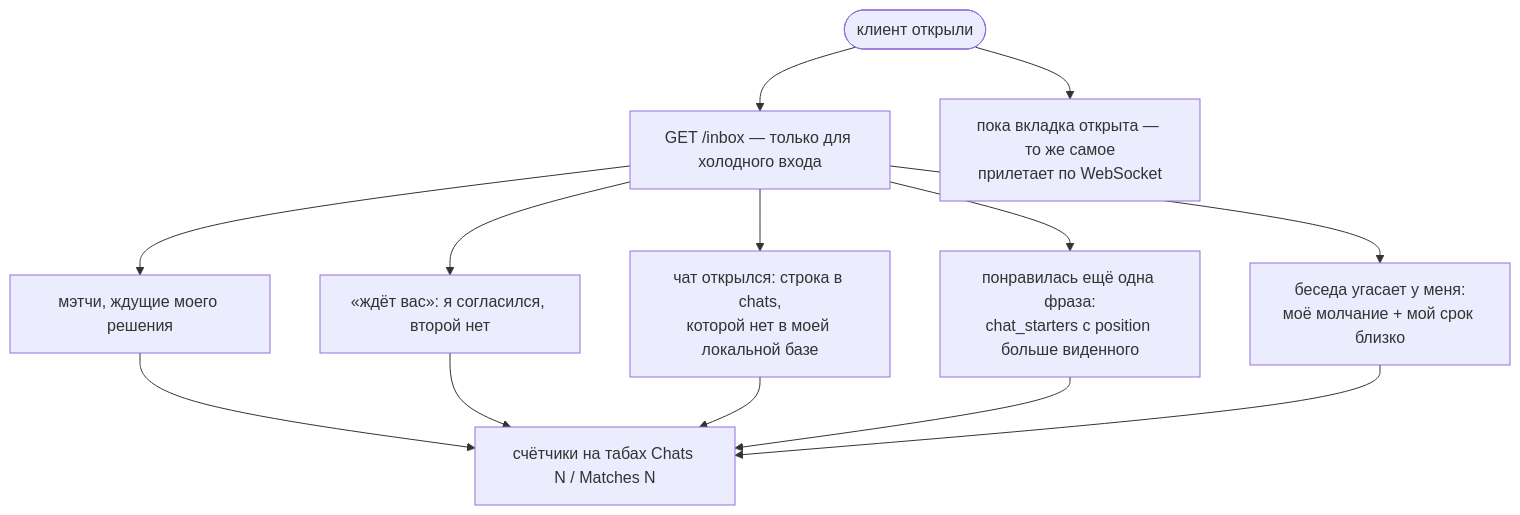
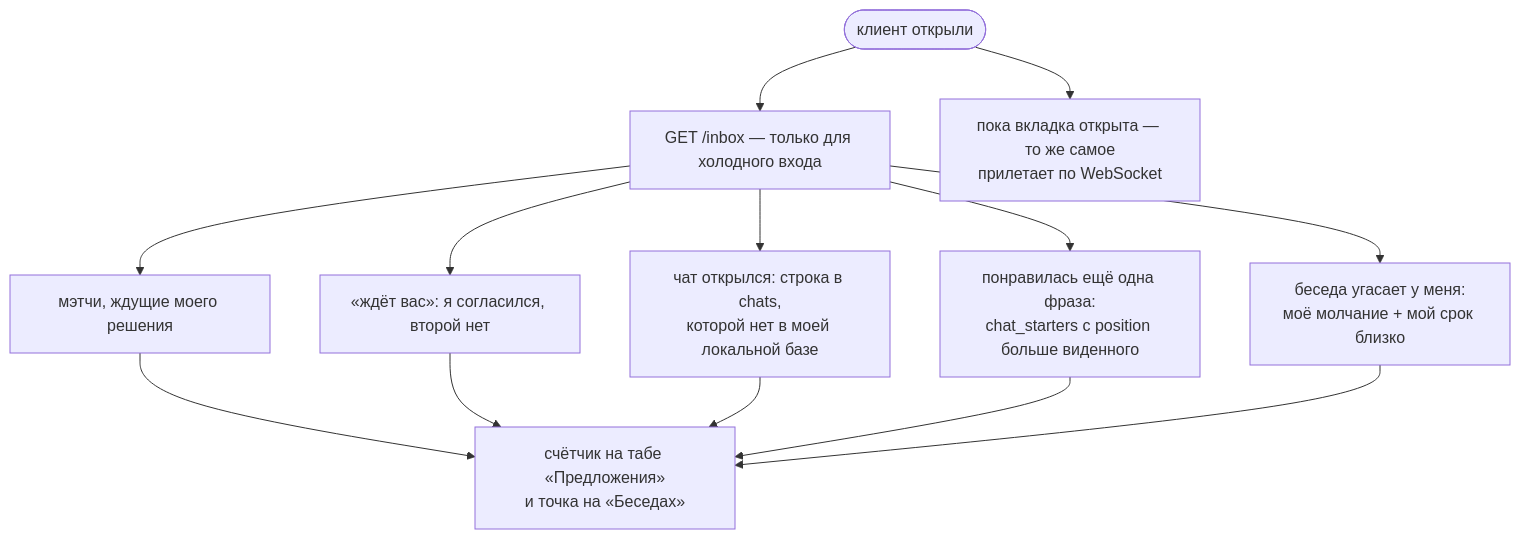
One commit to panov-id/xor.ad changed diagram 25 of 30 in docs/chat-flows_RU.md. Above: the diagram before and after it, drawn with Mermaid. The commit also changed 3 other files, not shown here.

First line of the commit message:
Retire the Matches tab and the single match timer in the spec and the flows

````diff
--- a/docs/chat-flows_RU.md
+++ b/docs/chat-flows_RU.md
@@ -824,15 +824,15 @@
 ```mermaid
 flowchart TD
   open(["клиент открыли"]) --> cold["GET /inbox — только для холодного входа"]
   cold --> q1["мэтчи, ждущие моего решения"]
   cold --> q2["«ждёт вас»: я согласился, второй нет"]
   cold --> q3["чат открылся: строка в chats,<br/>которой нет в моей локальной базе"]
   cold --> q4["понравилась ещё одна фраза:<br/>chat_starters с position больше виденного"]
   cold --> q5["беседа угасает у меня:<br/>моё молчание + мой срок близко"]
-  q1 --> tabs["счётчики на табах Chats N / Matches N"]
+  q1 --> tabs["счётчик на табе «Предложения»<br/>и точка на «Беседах»"]
   q2 --> tabs
   q3 --> tabs
   q4 --> tabs
   q5 --> tabs
   open --> ws["пока вкладка открыта — то же самое<br/>прилетает по WebSocket"]
 ```
````
